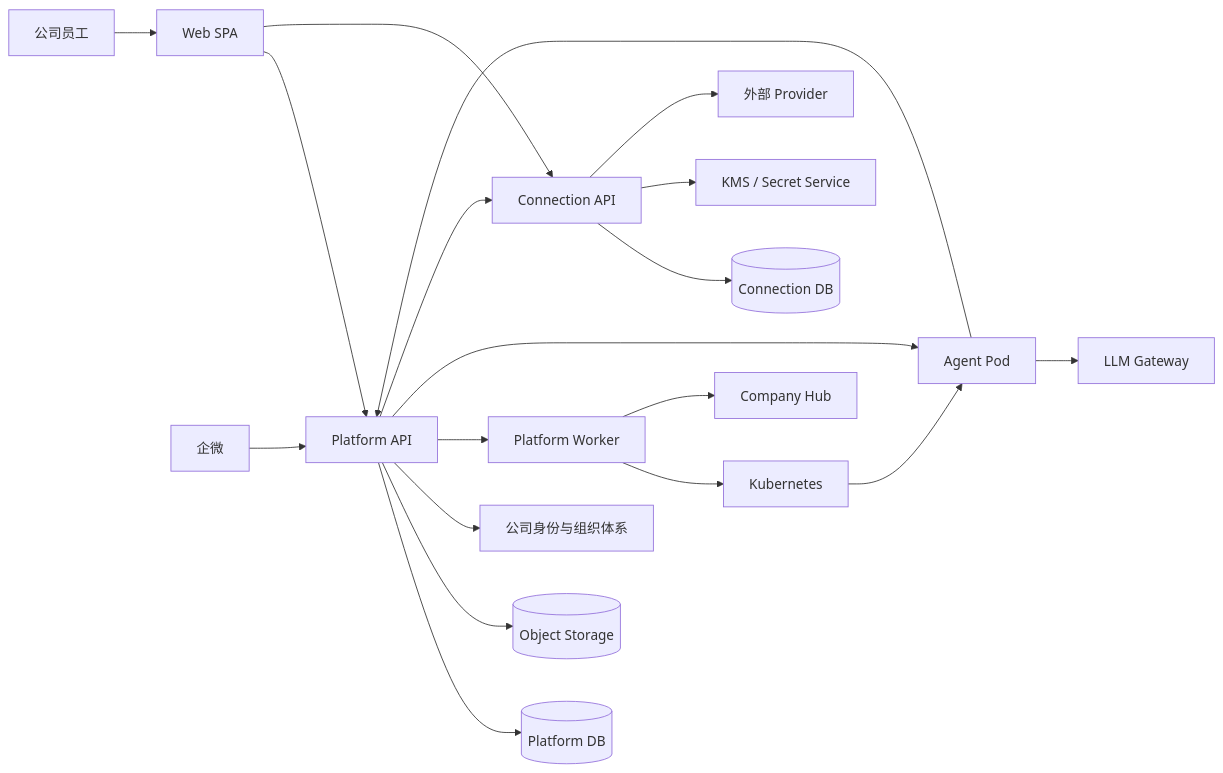
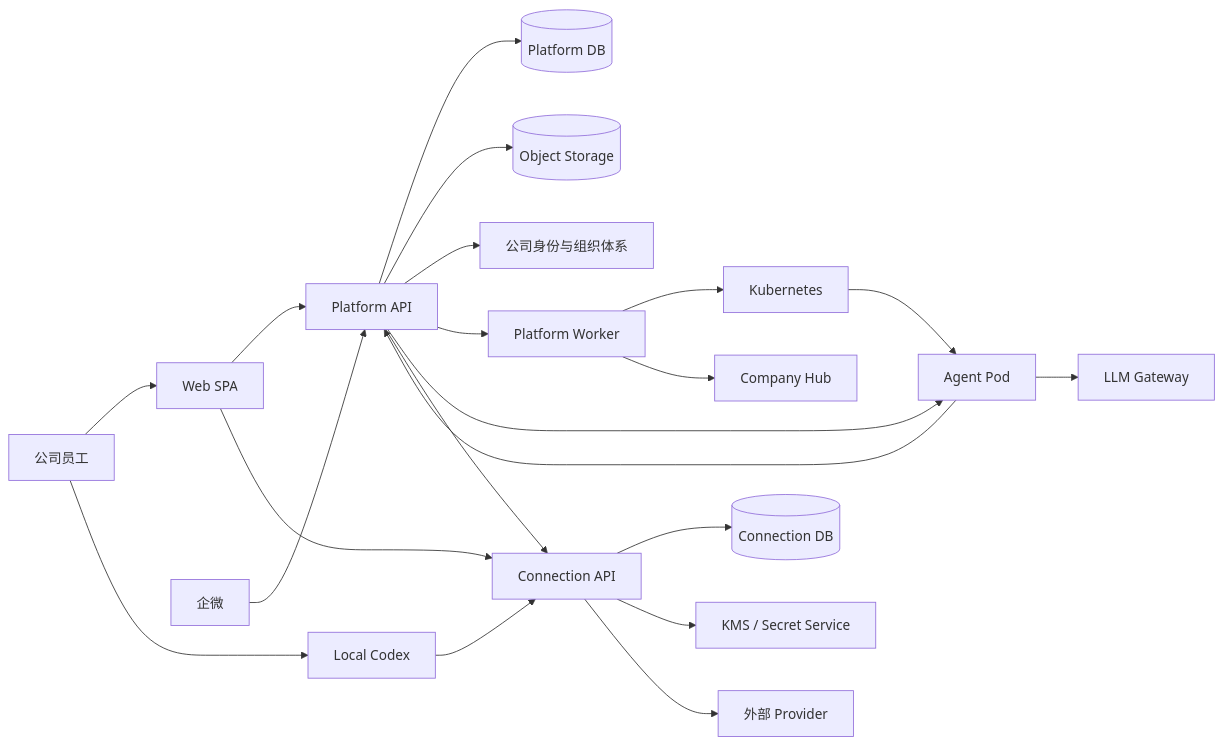
The first of 3 diagrams in docs/architecture/SPEC-agent-infra-M1-engineering-architecture.md (AgoraIO-Extensions/agent-infra), drawn with Mermaid before and after one commit. The commit also changed other lines of this file and 3 other files, not shown here.

Commit message:
docs: decouple Connection M1 architecture

````diff
--- a/docs/architecture/SPEC-agent-infra-M1-engineering-architecture.md
+++ b/docs/architecture/SPEC-agent-infra-M1-engineering-architecture.md
@@ -82,25 +82,27 @@
 ```mermaid
 flowchart LR
     U[公司员工] --> W[Web SPA]
+    U --> LC[Local Codex]
     QW[企微] --> PA[Platform API]
     W --> PA
     W --> CA[Connection API]
+    LC --> CA
 
     PA --> PD[(Platform DB)]
     PA --> OS[(Object Storage)]
     PA --> IDP[公司身份与组织体系]
     PA --> PW[Platform Worker]
 
     PW --> K8S[Kubernetes]
     K8S --> AP[Agent Pod]
     PA --> AP
 
     AP --> PA
     PA --> CA
     CA --> CD[(Connection DB)]
     CA --> KMS[KMS / Secret Service]
     CA --> EXT[外部 Provider]
 
     AP --> LLM[LLM Gateway]
     PW --> HUB[Company Hub]
 ```
````
